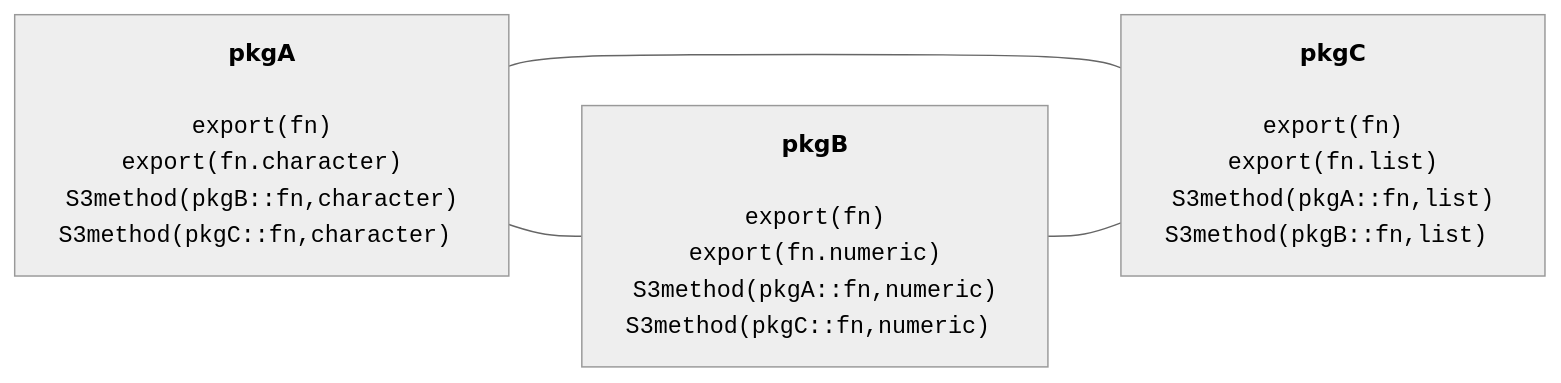
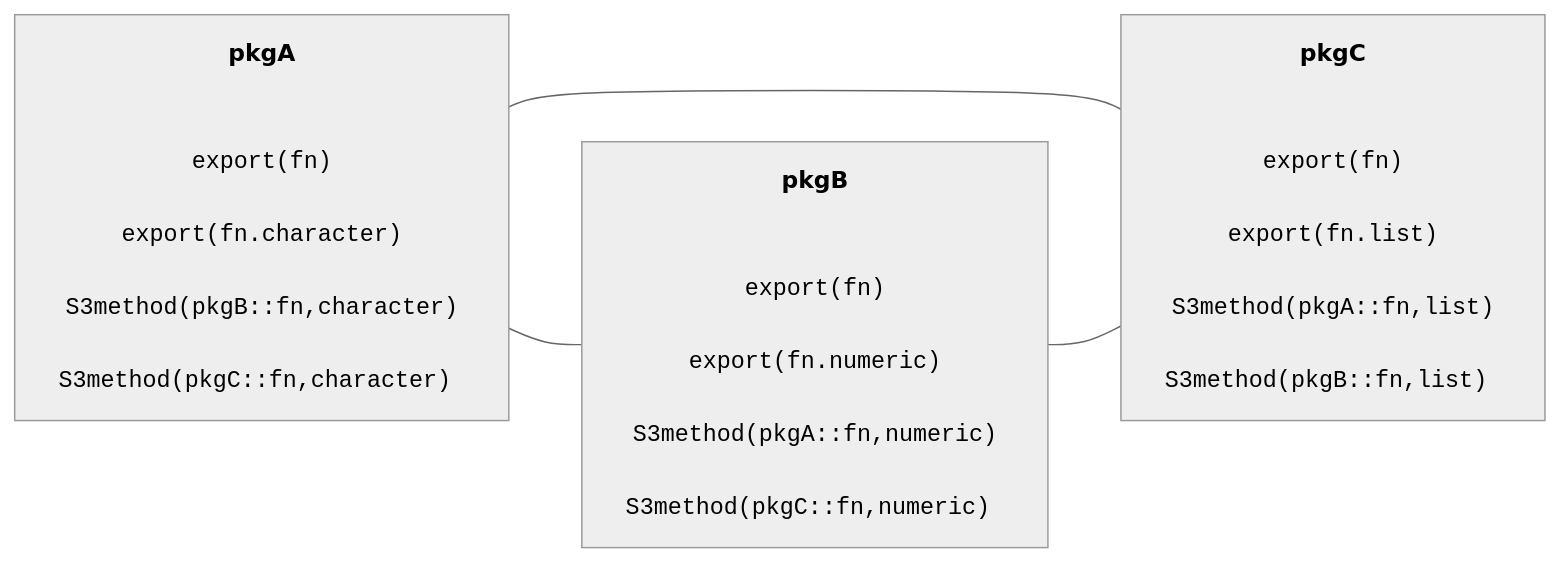
One commit to RConsortium/S7 changed the diagram in proposals/oep-001-generics.md. Above: the diagram before and after it, drawn with Mermaid (neutral theme).

````diff
--- a/proposals/oep-001-generics.md
+++ b/proposals/oep-001-generics.md
@@ -134,34 +134,34 @@
 ```mermaid
 graph LR
 
 A["
-<strong>pkgA</strong>
+<strong>pkgA</strong><br>
 <code>
-export(fn)
-export(fn.character)
-S3method(pkgB::fn,character)
+export(fn)<br>
+export(fn.character)<br>
+S3method(pkgB::fn,character)<br>
 S3method(pkgC::fn,character) </code>
 "]
 
 B["
-<strong>pkgB</strong>
+<strong>pkgB</strong><br>
 <code>
-export(fn)
-export(fn.numeric)
-S3method(pkgA::fn,numeric)
+export(fn)<br>
+export(fn.numeric)<br>
+S3method(pkgA::fn,numeric)<br>
 S3method(pkgC::fn,numeric) </code>
 "]
 
 C["
-<strong>pkgC</strong>
+<strong>pkgC</strong><br>
 <code>
-export(fn)
-export(fn.list)
-S3method(pkgA::fn,list)
+export(fn)<br>
+export(fn.list)<br>
+S3method(pkgA::fn,list)<br>
 S3method(pkgB::fn,list) </code>
 "]
 
   A --- B
   A --- C
   B --- C
 ```
````
